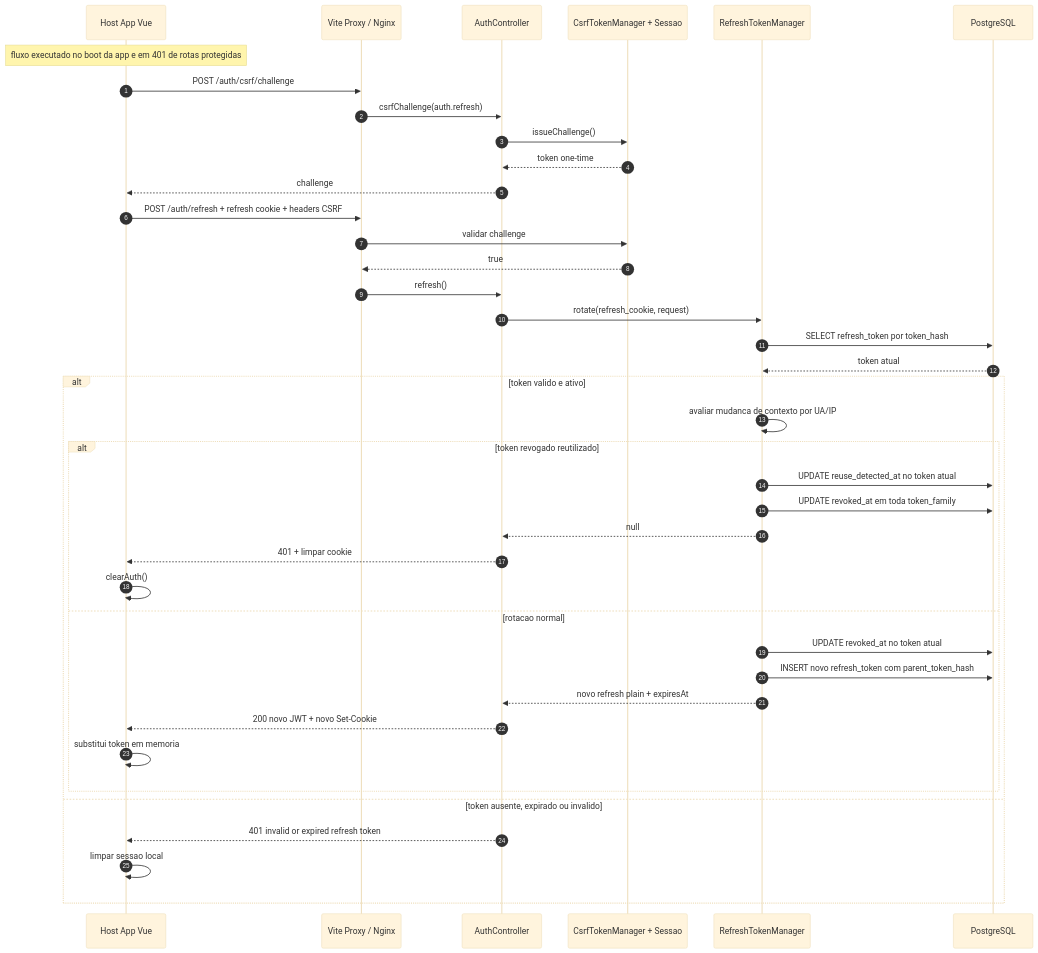
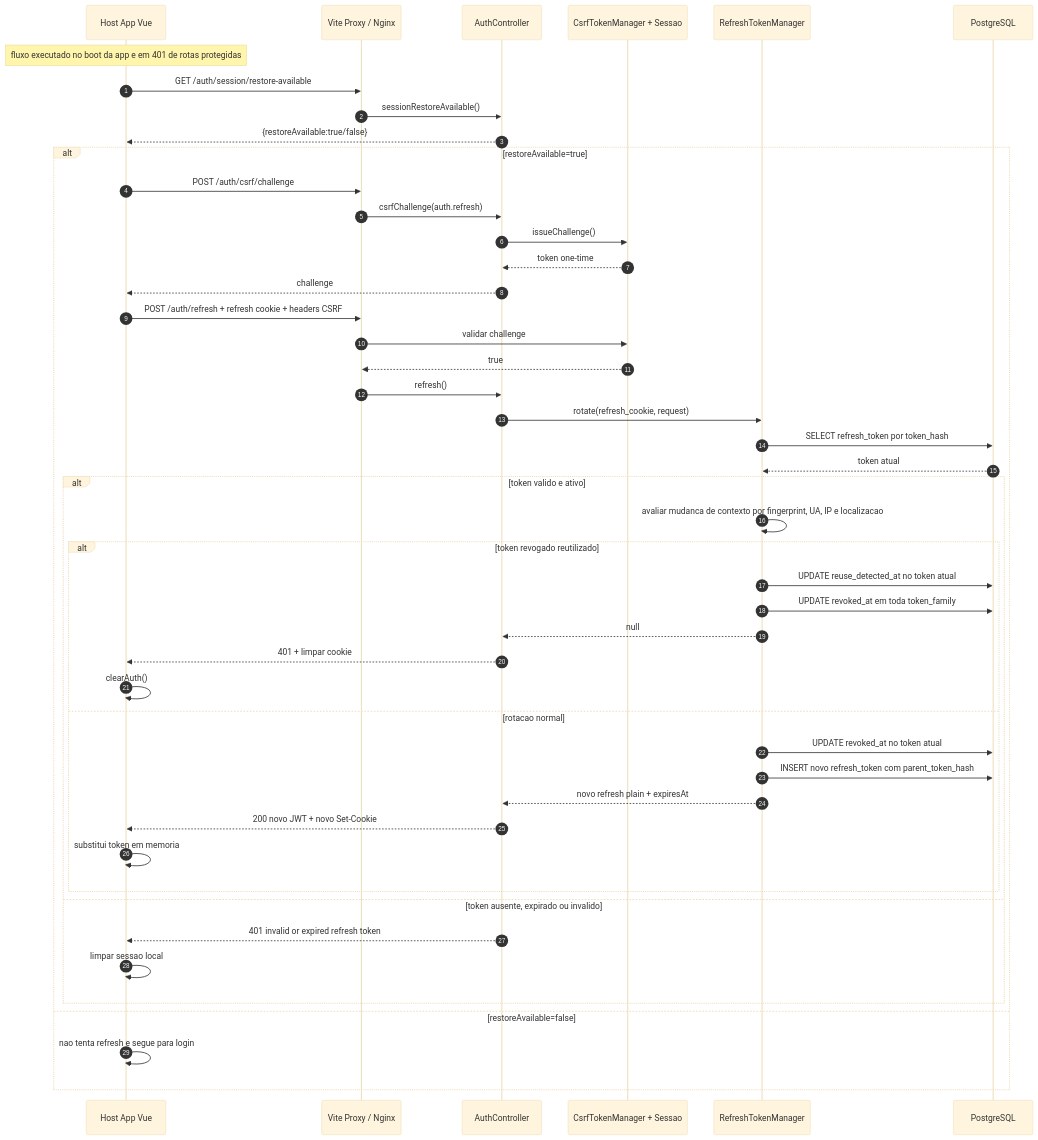
Before and after one commit to ferreis/OctoFlow: the third of 11 diagrams in docs/Diagrama_Sequencia.md, drawn with Mermaid (base theme). The commit also changed other lines of this file and 6 other files, not shown here.

````diff
--- a/docs/Diagrama_Sequencia.md
+++ b/docs/Diagrama_Sequencia.md
@@ -187,47 +191,55 @@
 ```mermaid
 sequenceDiagram
     autonumber
     participant Host as Host App Vue
     participant Gateway as Vite Proxy / Nginx
     participant Auth as AuthController
     participant Csrf as CsrfTokenManager + Sessao
     participant RTM as RefreshTokenManager
     participant DB as PostgreSQL
 
     Note over Host: fluxo executado no boot da app e em 401 de rotas protegidas
 
+    Host->>Gateway: GET /auth/session/restore-available
+    Gateway->>Auth: sessionRestoreAvailable()
+    Auth-->>Host: {restoreAvailable:true/false}
+
+    alt restoreAvailable=true
     Host->>Gateway: POST /auth/csrf/challenge
     Gateway->>Auth: csrfChallenge(auth.refresh)
     Auth->>Csrf: issueChallenge()
     Csrf-->>Auth: token one-time
     Auth-->>Host: challenge
 
     Host->>Gateway: POST /auth/refresh + refresh cookie + headers CSRF
     Gateway->>Csrf: validar challenge
     Csrf-->>Gateway: true
     Gateway->>Auth: refresh()
 
     Auth->>RTM: rotate(refresh_cookie, request)
     RTM->>DB: SELECT refresh_token por token_hash
     DB-->>RTM: token atual
 
     alt token valido e ativo
-        RTM->>RTM: avaliar mudanca de contexto por UA/IP
+        RTM->>RTM: avaliar mudanca de contexto por fingerprint, UA, IP e localizacao
         alt token revogado reutilizado
             RTM->>DB: UPDATE reuse_detected_at no token atual
             RTM->>DB: UPDATE revoked_at em toda token_family
             RTM-->>Auth: null
             Auth-->>Host: 401 + limpar cookie
             Host->>Host: clearAuth()
         else rotacao normal
             RTM->>DB: UPDATE revoked_at no token atual
             RTM->>DB: INSERT novo refresh_token com parent_token_hash
             RTM-->>Auth: novo refresh plain + expiresAt
             Auth-->>Host: 200 novo JWT + novo Set-Cookie
             Host->>Host: substitui token em memoria
         end
     else token ausente, expirado ou invalido
         Auth-->>Host: 401 invalid or expired refresh token
         Host->>Host: limpar sessao local
     end
+    else restoreAvailable=false
+        Host->>Host: nao tenta refresh e segue para login
+    end
 ```
````
